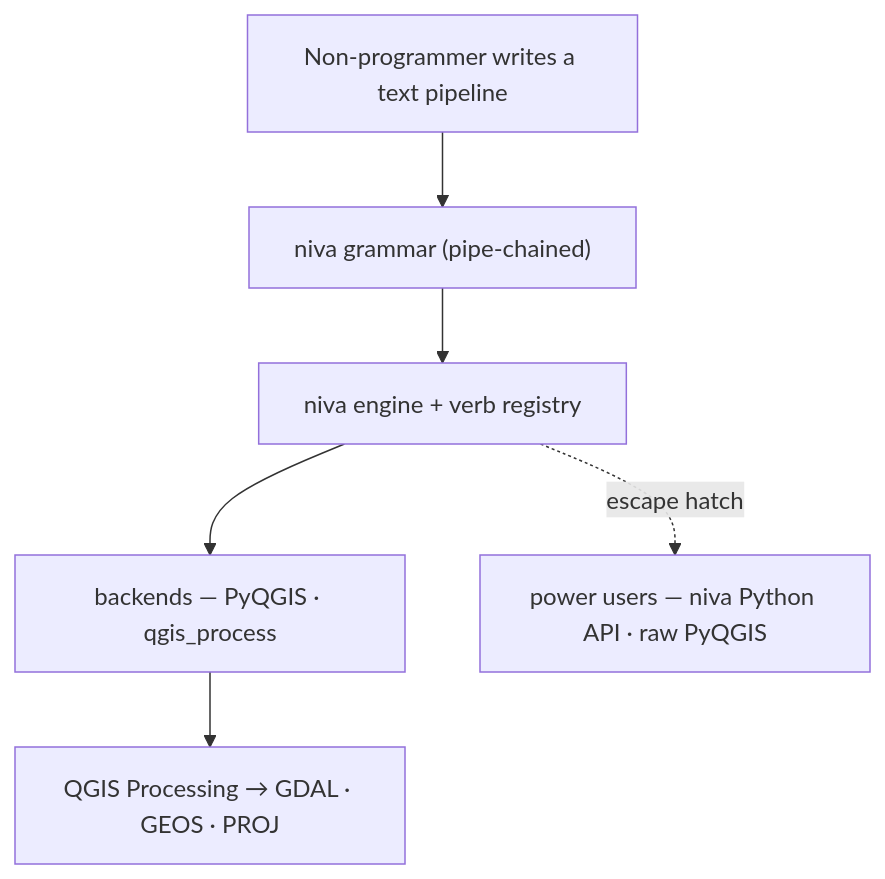
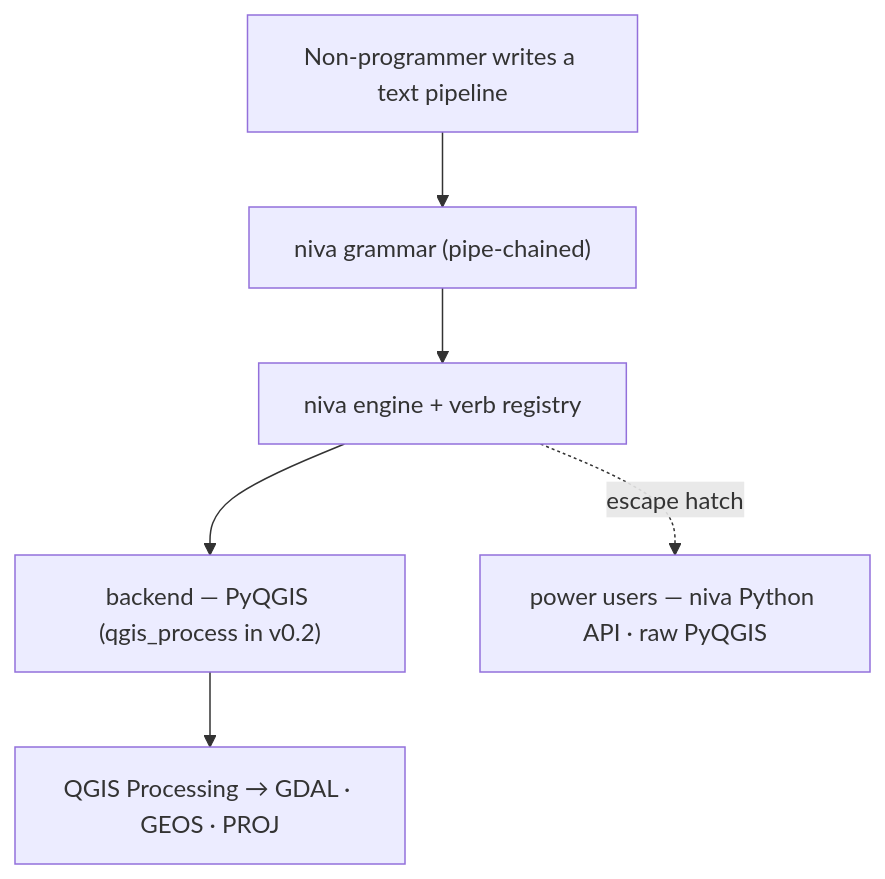
Before and after one commit to johnzastrow/niva: the diagram in planning/00-critique-and-open-questions.md, drawn with Mermaid. The commit also changed other lines of this file and 8 other files, not shown here.

````diff
--- a/planning/00-critique-and-open-questions.md
+++ b/planning/00-critique-and-open-questions.md
@@ -153,8 +159,8 @@
 ```mermaid
 flowchart TD
     NP["Non-programmer writes a text pipeline"] --> GR["niva grammar (pipe-chained)"]
     GR --> ENG["niva engine + verb registry"]
-    ENG --> BK["backends — PyQGIS · qgis_process"]
+    ENG --> BK["backend — PyQGIS (qgis_process in v0.2)"]
     BK --> QG["QGIS Processing → GDAL · GEOS · PROJ"]
     ENG -. "escape hatch" .-> PWR["power users — niva Python API · raw PyQGIS"]
 ```
````
